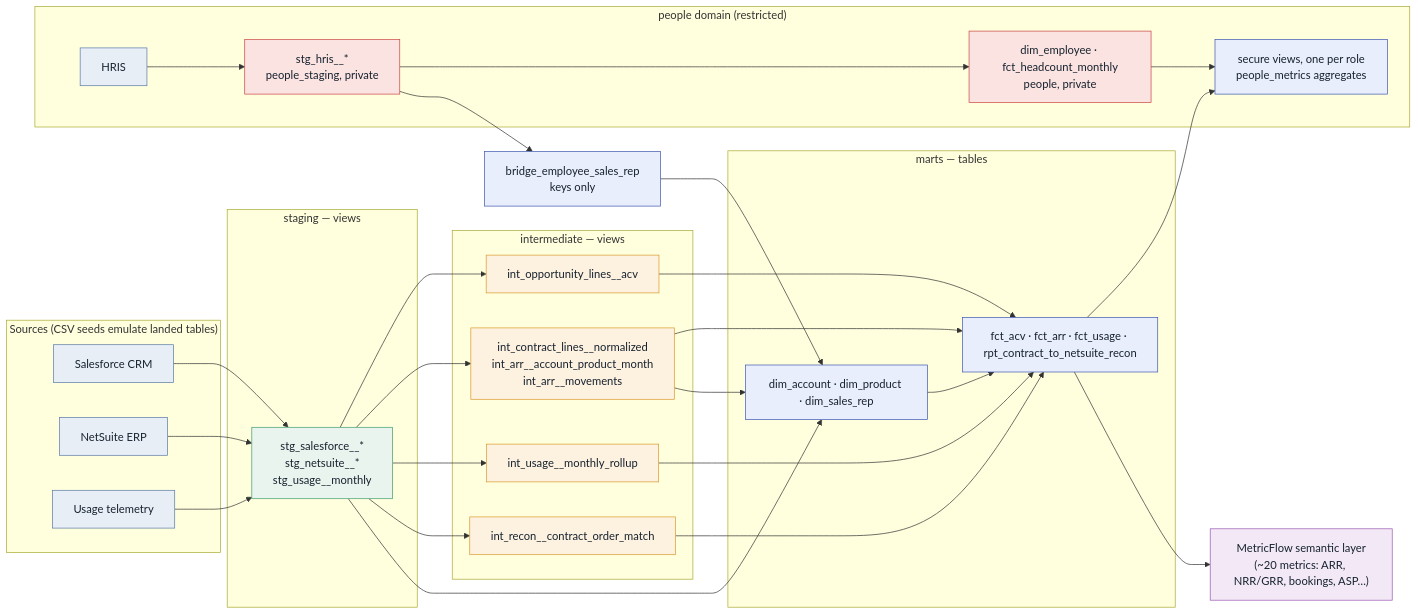
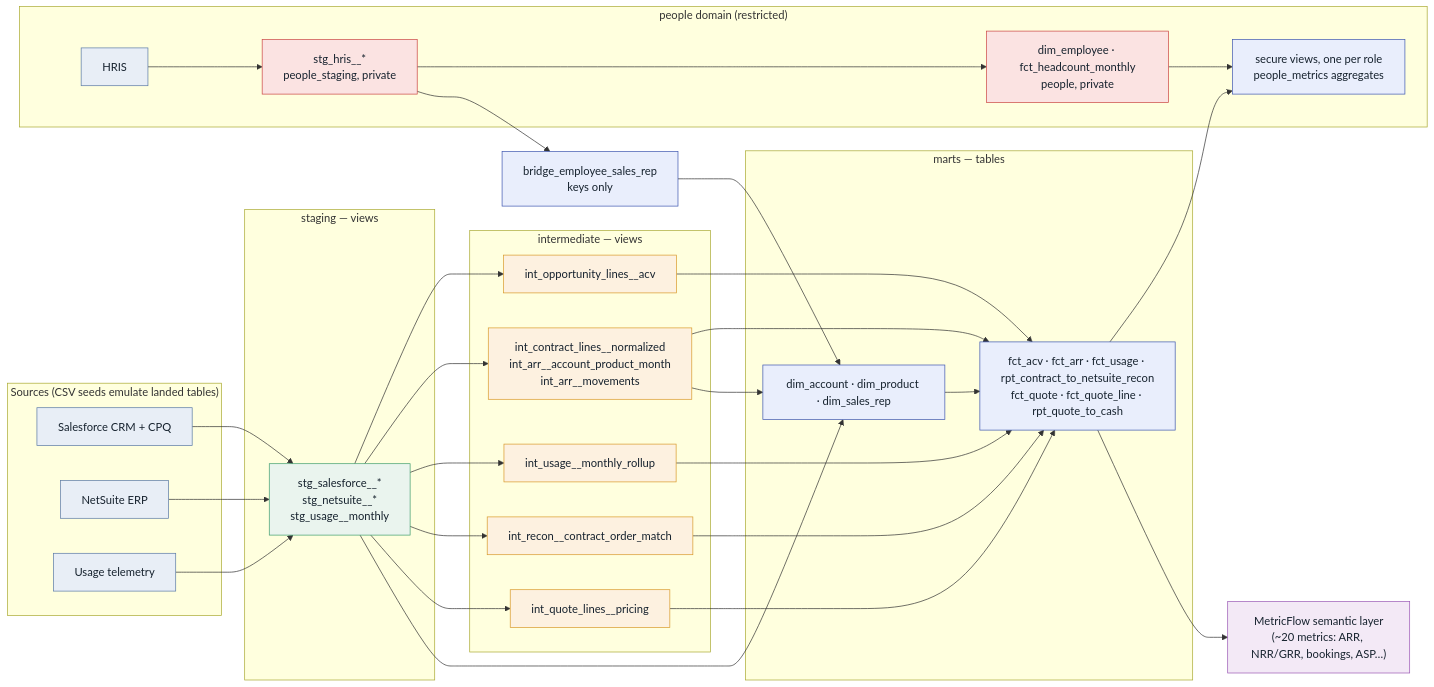
The third of 11 diagrams in saas-data-platform/DATA_MODEL.md (bbehjoo/analytics-work-samples), drawn with Mermaid before and after one commit. The commit also changed other lines of this file and 52 other files, not shown here.

First line of the commit message:
Add CPQ: price books, quotes, discount approvals, and quote to cash

````diff
--- a/saas-data-platform/DATA_MODEL.md
+++ b/saas-data-platform/DATA_MODEL.md
@@ -148,50 +180,52 @@
 ```mermaid
 flowchart LR
     classDef src fill:#e8eef6,stroke:#5b7aa6,color:#16222e;
     classDef stg fill:#eaf4ee,stroke:#3f9d6d,color:#16222e;
     classDef int fill:#fdf1e0,stroke:#d99a2b,color:#16222e;
     classDef mart fill:#e9eefc,stroke:#3f57b0,color:#16222e;
     classDef sem fill:#f3e9f6,stroke:#9b59b6,color:#16222e;
 
     subgraph SRC["Sources (CSV seeds emulate landed tables)"]
-        SF["Salesforce CRM"]:::src
+        SF["Salesforce CRM + CPQ"]:::src
         NS["NetSuite ERP"]:::src
         UZ["Usage telemetry"]:::src
     end
     subgraph STG["staging — views"]
         STGN["stg_salesforce__*<br/>stg_netsuite__*<br/>stg_usage__monthly"]:::stg
     end
     subgraph INT["intermediate — views"]
         IACV["int_opportunity_lines__acv"]:::int
         IARR["int_contract_lines__normalized<br/>int_arr__account_product_month<br/>int_arr__movements"]:::int
         IUSE["int_usage__monthly_rollup"]:::int
         IREC["int_recon__contract_order_match"]:::int
+        IQ["int_quote_lines__pricing"]:::int
     end
     subgraph MART["marts — tables"]
         DIMS["dim_account · dim_product · dim_sales_rep"]:::mart
-        FACTS["fct_acv · fct_arr · fct_usage · rpt_contract_to_netsuite_recon"]:::mart
+        FACTS["fct_acv · fct_arr · fct_usage · rpt_contract_to_netsuite_recon<br/>fct_quote · fct_quote_line · rpt_quote_to_cash"]:::mart
     end
     SEM["MetricFlow semantic layer<br/>(~20 metrics: ARR, NRR/GRR, bookings, ASP…)"]:::sem
     classDef ppl fill:#fbe3e2,stroke:#cb4644,color:#16222e;
     subgraph PPL["people domain (restricted)"]
         HR["HRIS"]:::src
         PSTG["stg_hris__*<br/>people_staging, private"]:::ppl
         PDIM["dim_employee · fct_headcount_monthly<br/>people, private"]:::ppl
         PSEC["secure views, one per role<br/>people_metrics aggregates"]:::mart
     end
     HR --> PSTG --> PDIM --> PSEC
     PSTG --> BRG["bridge_employee_sales_rep<br/>keys only"]:::mart --> DIMS
     FACTS --> PSEC
 
     SF --> STGN
     NS --> STGN
     UZ --> STGN
     STGN --> IACV --> FACTS
     STGN --> IARR --> FACTS
     STGN --> IUSE --> FACTS
     STGN --> IREC --> FACTS
+    STGN --> IQ --> FACTS
     STGN --> DIMS
     IARR --> DIMS
     DIMS --> FACTS
     FACTS --> SEM
 ```
````
